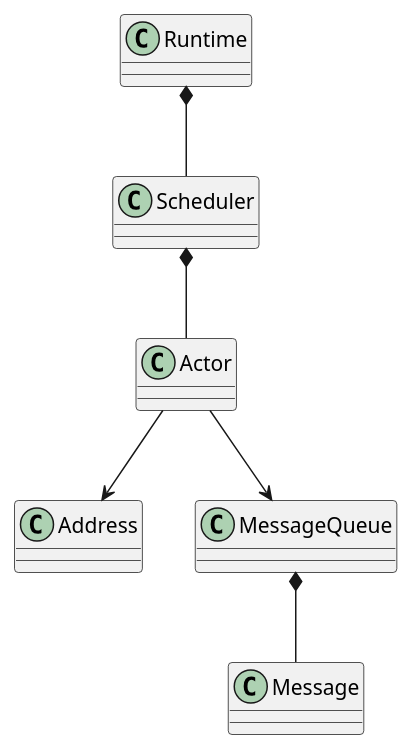
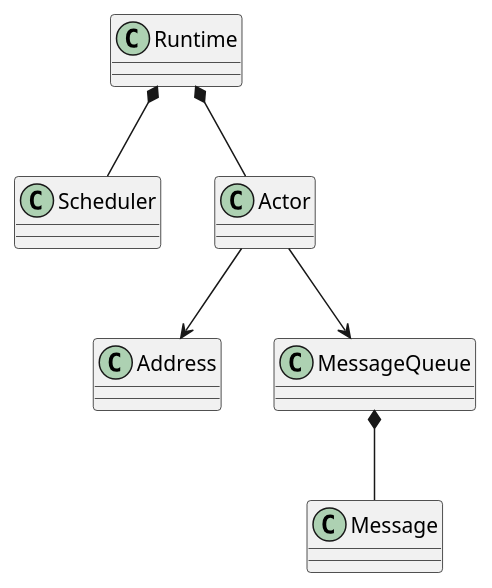
One commit to hmarthinsen/coactor changed the diagram in README.md. Above: the diagram before and after it, drawn with PlantUML. The commit also changed other lines of this file and 8 other files, not shown here.

````diff
--- a/README.md
+++ b/README.md
@@ -25,11 +25,11 @@
 ```plantuml
 @startuml
 
 Runtime *-- Scheduler
-Scheduler *-- Actor
+Runtime *-- Actor
 Actor --> Address
 Actor --> MessageQueue
 MessageQueue *-- Message
 
 @enduml
 ```
````
